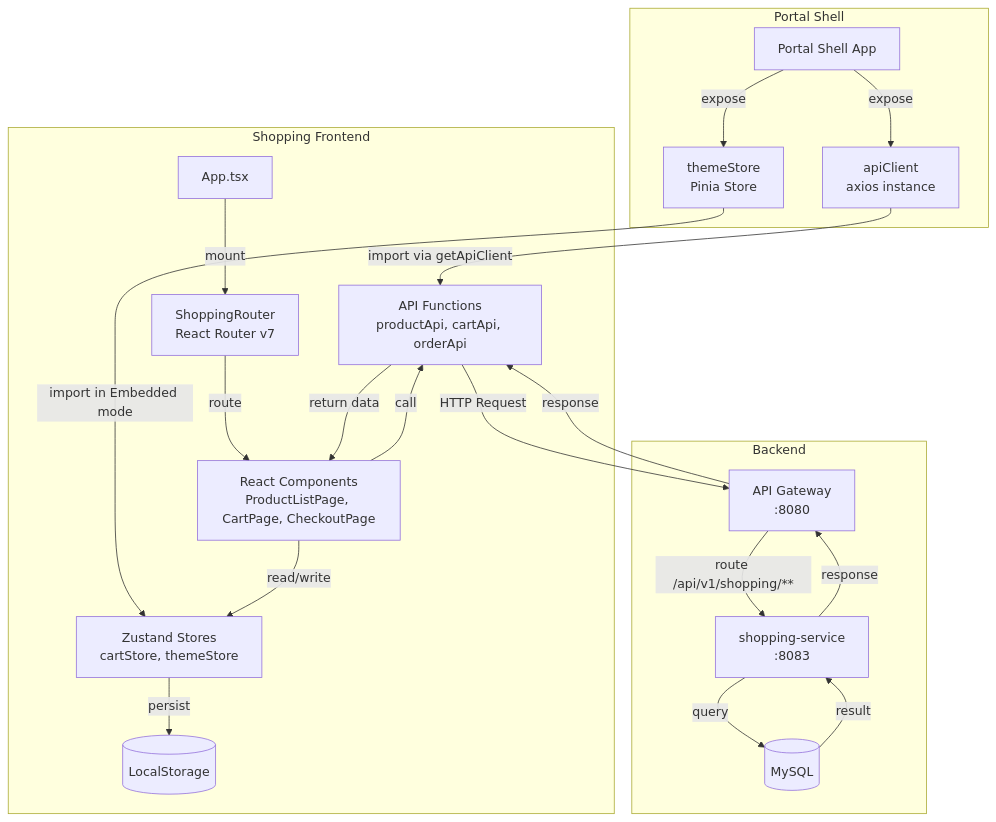
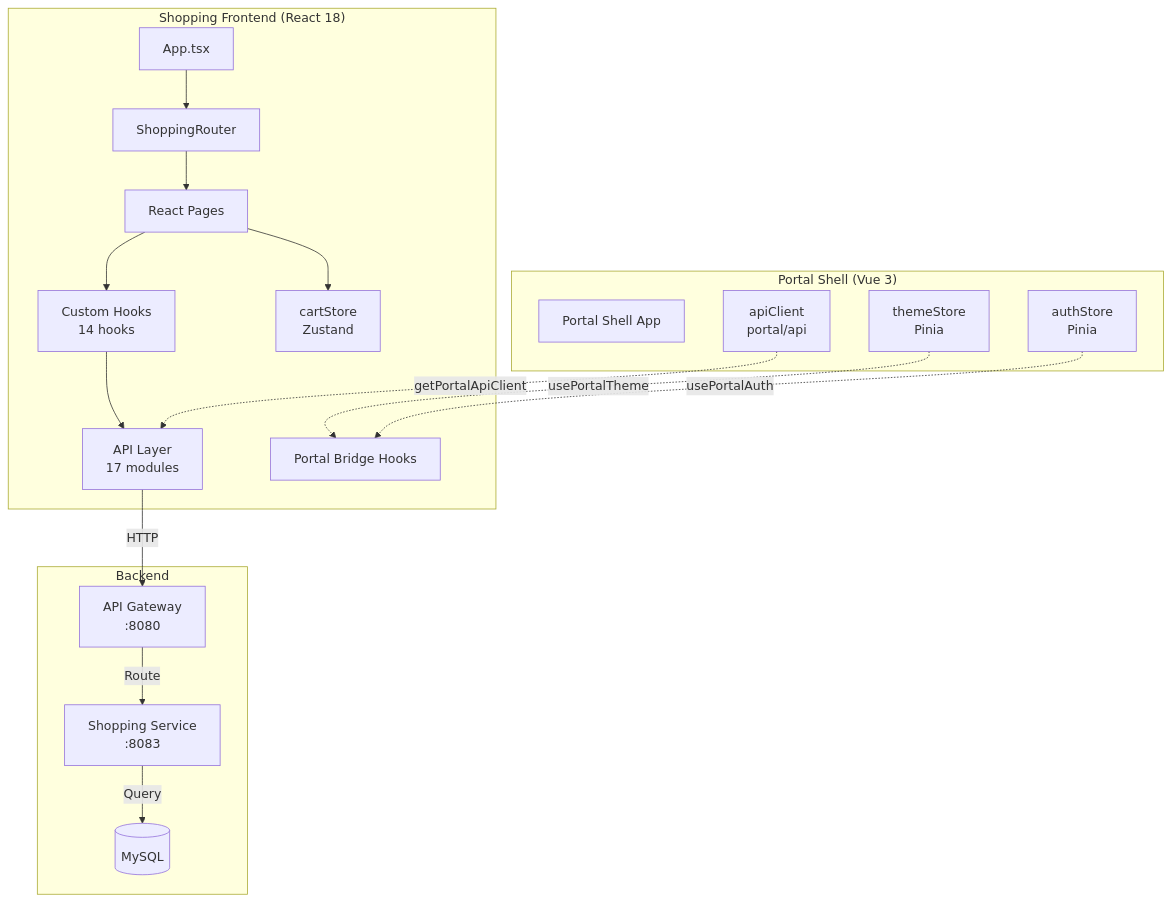
One commit to L-a-z-e/portal-universe changed the first of 7 diagrams in docs/architecture/shopping-frontend/data-flow.md. Above: the diagram before and after it, drawn with Mermaid. The commit also changed other lines of this file and 4 other files, not shown here.

First line of the commit message:
docs(architecture): rewrite shopping-frontend docs to match actual codebase

````diff
--- a/docs/architecture/shopping-frontend/data-flow.md
+++ b/docs/architecture/shopping-frontend/data-flow.md
@@ -32,40 +53,34 @@
 ```mermaid
 graph TB
-    subgraph "Portal Shell"
+    subgraph "Portal Shell (Vue 3)"
         PS[Portal Shell App]
-        AC[apiClient<br/>axios instance]
-        TS[themeStore<br/>Pinia Store]
+        AC[apiClient<br/>portal/api]
+        TS[themeStore<br/>Pinia]
+        AS[authStore<br/>Pinia]
     end
 
-    subgraph "Shopping Frontend"
+    subgraph "Shopping Frontend (React 18)"
         APP[App.tsx]
-        RT[ShoppingRouter<br/>React Router v7]
-        BC[React Components<br/>ProductListPage, CartPage, CheckoutPage]
-        API[API Functions<br/>productApi, cartApi, orderApi]
-        ZS[Zustand Stores<br/>cartStore, themeStore]
-        LS[(LocalStorage)]
+        RT[ShoppingRouter]
+        BC[React Pages]
+        API[API Layer<br/>17 modules]
+        CS[cartStore<br/>Zustand]
+        PBH[Portal Bridge Hooks]
+        HK[Custom Hooks<br/>14 hooks]
     end
 
     subgraph "Backend"
         GW[API Gateway<br/>:8080]
-        SS[shopping-service<br/>:8083]
+        SS[Shopping Service<br/>:8083]
         DB[(MySQL)]
     end
 
-    PS -->|expose| AC
-    PS -->|expose| TS
-    AC -->|import via getApiClient| API
-    TS -->|import in Embedded mode| ZS
-    APP -->|mount| RT
-    RT -->|route| BC
-    BC -->|call| API
-    BC -->|read/write| ZS
-    ZS -->|persist| LS
-    API -->|HTTP Request| GW
-    GW -->|route /api/v1/shopping/**| SS
-    SS -->|query| DB
-    DB -->|result| SS
-    SS -->|response| GW
-    GW -->|response| API
-    API -->|return data| BC
+    AC -.->|getPortalApiClient| API
+    TS -.->|usePortalTheme| PBH
+    AS -.->|usePortalAuth| PBH
+
+    APP --> RT --> BC
+    BC --> HK --> API
+    BC --> CS
+    API -->|HTTP| GW -->|Route| SS -->|Query| DB
 ```
````
